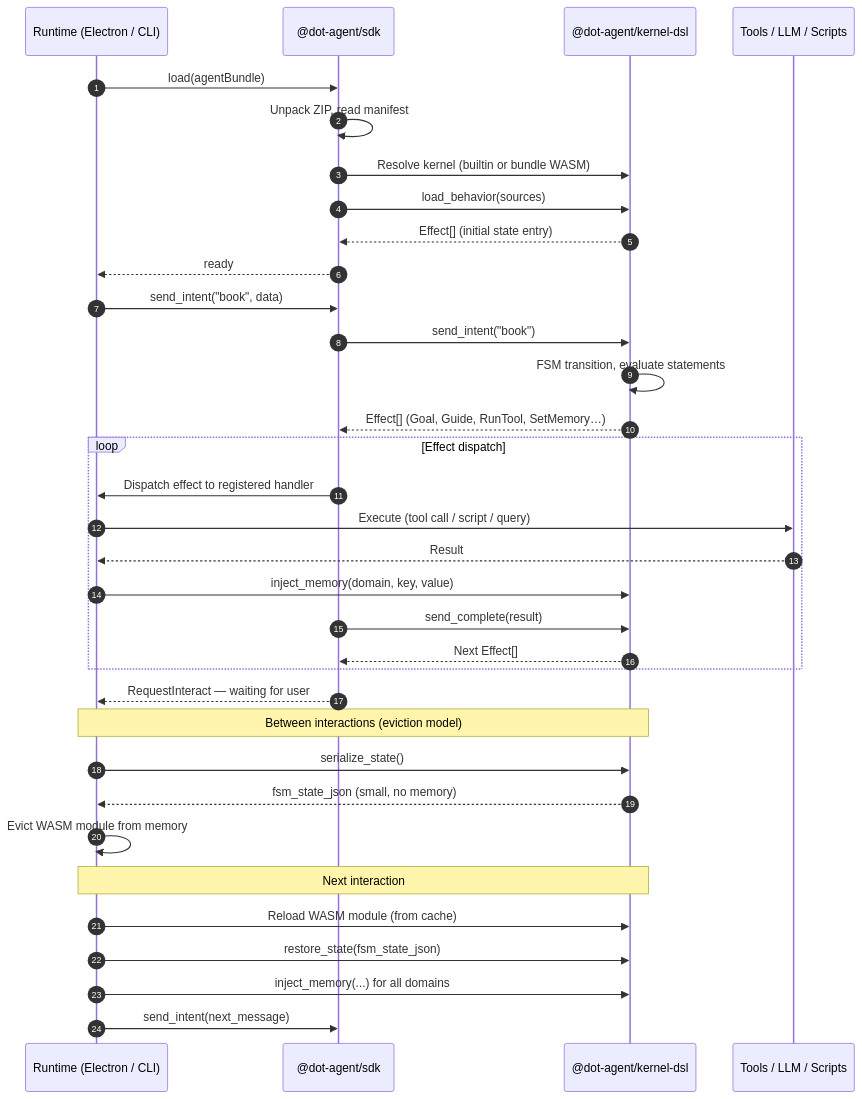
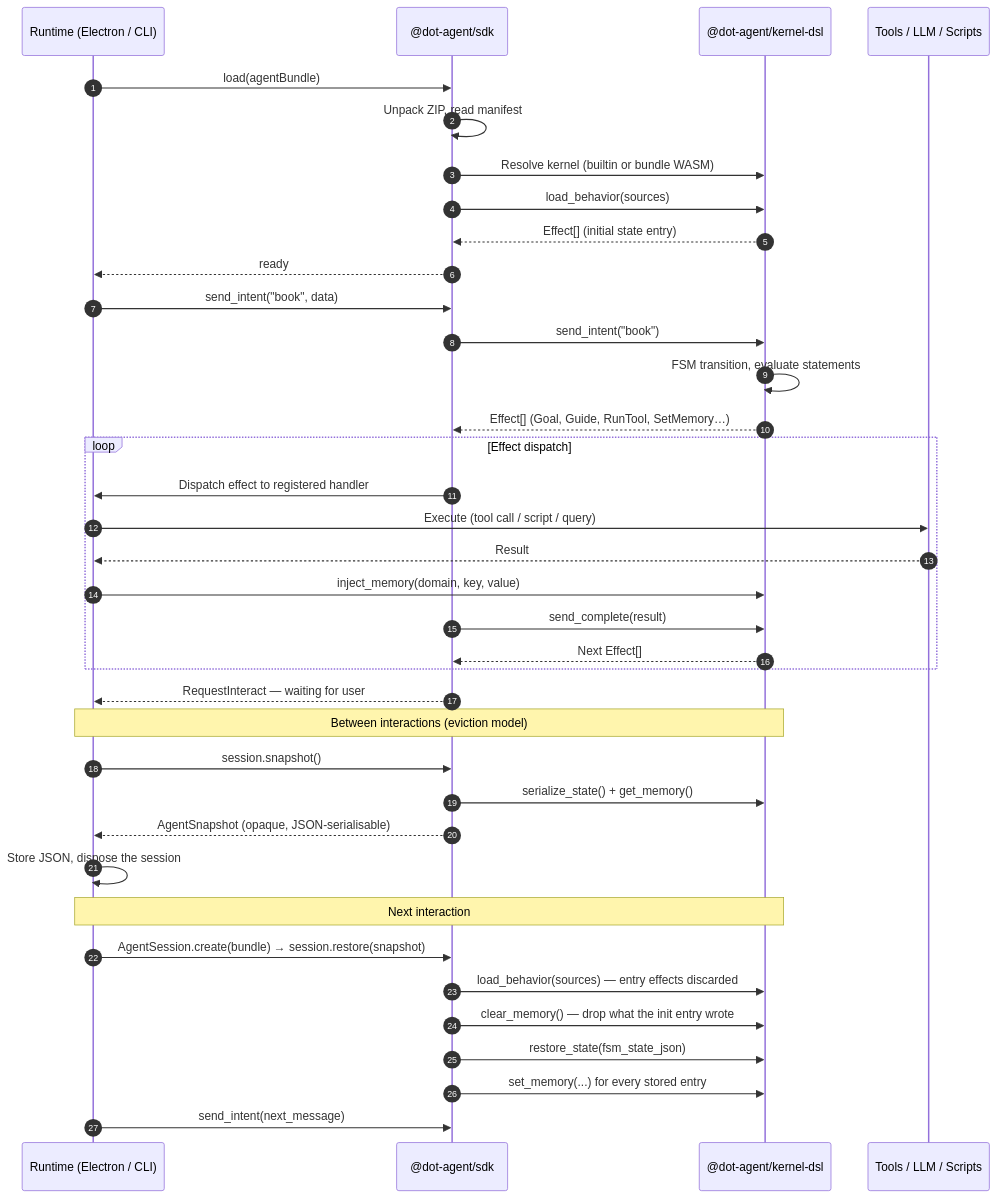
Before and after one commit to dot-agent-spec/platform: the third of 3 diagrams in docs/explanation/architecture/map.md, drawn with Mermaid. The commit also changed other lines of this file and 13 other files, not shown here.

First line of the commit message:
feat(sdk, kernel-dsl): AgentSession snapshot and restore

````diff
--- a/docs/explanation/architecture/map.md
+++ b/docs/explanation/architecture/map.md
@@ -171,42 +171,45 @@
 ```mermaid
 sequenceDiagram
     autonumber
     participant Runtime as Runtime (Electron / CLI)
     participant SDK as @dot-agent/sdk
     participant Kernel as @dot-agent/kernel-dsl
     participant Ext as Tools / LLM / Scripts
 
     Runtime->>SDK: load(agentBundle)
     SDK->>SDK: Unpack ZIP, read manifest
     SDK->>Kernel: Resolve kernel (builtin or bundle WASM)
     SDK->>Kernel: load_behavior(sources)
     Kernel-->>SDK: Effect[] (initial state entry)
     SDK-->>Runtime: ready
 
     Runtime->>SDK: send_intent("book", data)
     SDK->>Kernel: send_intent("book")
     Kernel->>Kernel: FSM transition, evaluate statements
     Kernel-->>SDK: Effect[] (Goal, Guide, RunTool, SetMemory…)
 
     loop Effect dispatch
         SDK->>Runtime: Dispatch effect to registered handler
         Runtime->>Ext: Execute (tool call / script / query)
         Ext-->>Runtime: Result
         Runtime->>Kernel: inject_memory(domain, key, value)
         SDK->>Kernel: send_complete(result)
         Kernel-->>SDK: Next Effect[]
     end
 
     SDK-->>Runtime: RequestInteract — waiting for user
 
     Note over Runtime, Kernel: Between interactions (eviction model)
-    Runtime->>Kernel: serialize_state()
-    Kernel-->>Runtime: fsm_state_json (small, no memory)
-    Runtime->>Runtime: Evict WASM module from memory
+    Runtime->>SDK: session.snapshot()
+    SDK->>Kernel: serialize_state() + get_memory()
+    SDK-->>Runtime: AgentSnapshot (opaque, JSON-serialisable)
+    Runtime->>Runtime: Store JSON, dispose the session
 
     Note over Runtime, Kernel: Next interaction
-    Runtime->>Kernel: Reload WASM module (from cache)
-    Runtime->>Kernel: restore_state(fsm_state_json)
-    Runtime->>Kernel: inject_memory(...) for all domains
+    Runtime->>SDK: AgentSession.create(bundle) → session.restore(snapshot)
+    SDK->>Kernel: load_behavior(sources) — entry effects discarded
+    SDK->>Kernel: clear_memory() — drop what the init entry wrote
+    SDK->>Kernel: restore_state(fsm_state_json)
+    SDK->>Kernel: set_memory(...) for every stored entry
     Runtime->>SDK: send_intent(next_message)
 ```
````
